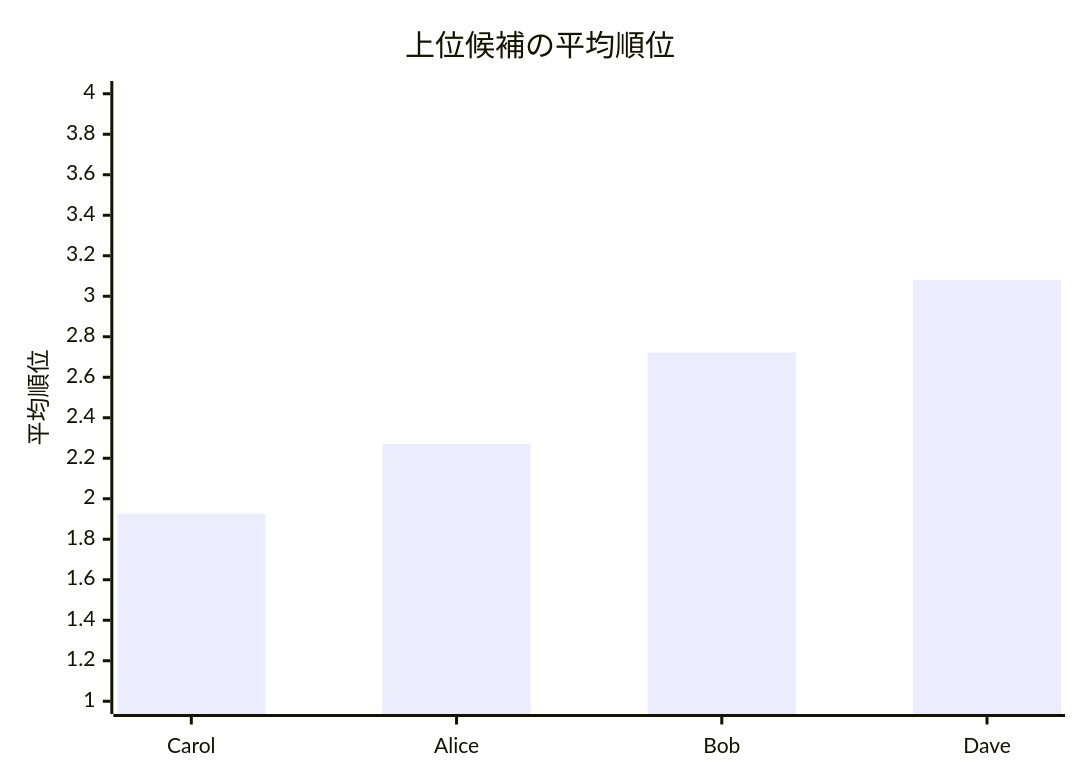
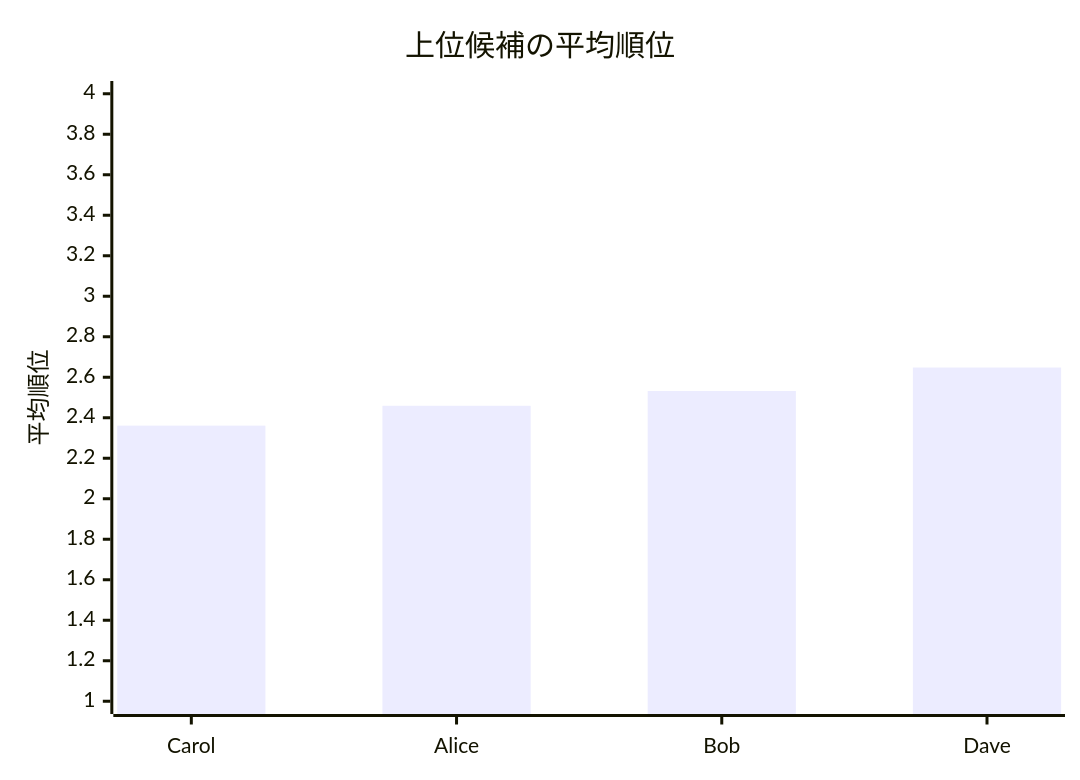
One commit to muzudho/ShogiTournamentSystemAnalyzer changed the second of 2 diagrams in ShogiTournamentSystemAnalyzer/Output/tournament_framework_result_[大会進行フレームワーク_最小].md. Above: the diagram before and after it, drawn with Mermaid. The commit also changed other lines of this file and 5 other files, not shown here.

````diff
--- a/ShogiTournamentSystemAnalyzer/Output/tournament_framework_result_[大会進行フレームワーク_最小].md
+++ b/ShogiTournamentSystemAnalyzer/Output/tournament_framework_result_[大会進行フレームワーク_最小].md
@@ -37,7 +37,7 @@
 ```mermaid
 xychart-beta
     title "上位候補の平均順位"
     x-axis ["Carol", "Alice", "Bob", "Dave"]
     y-axis "平均順位" 1 --> 4
-    bar [1.927, 2.270, 2.722, 3.081]
+    bar [2.361, 2.459, 2.532, 2.648]
 ```
````
